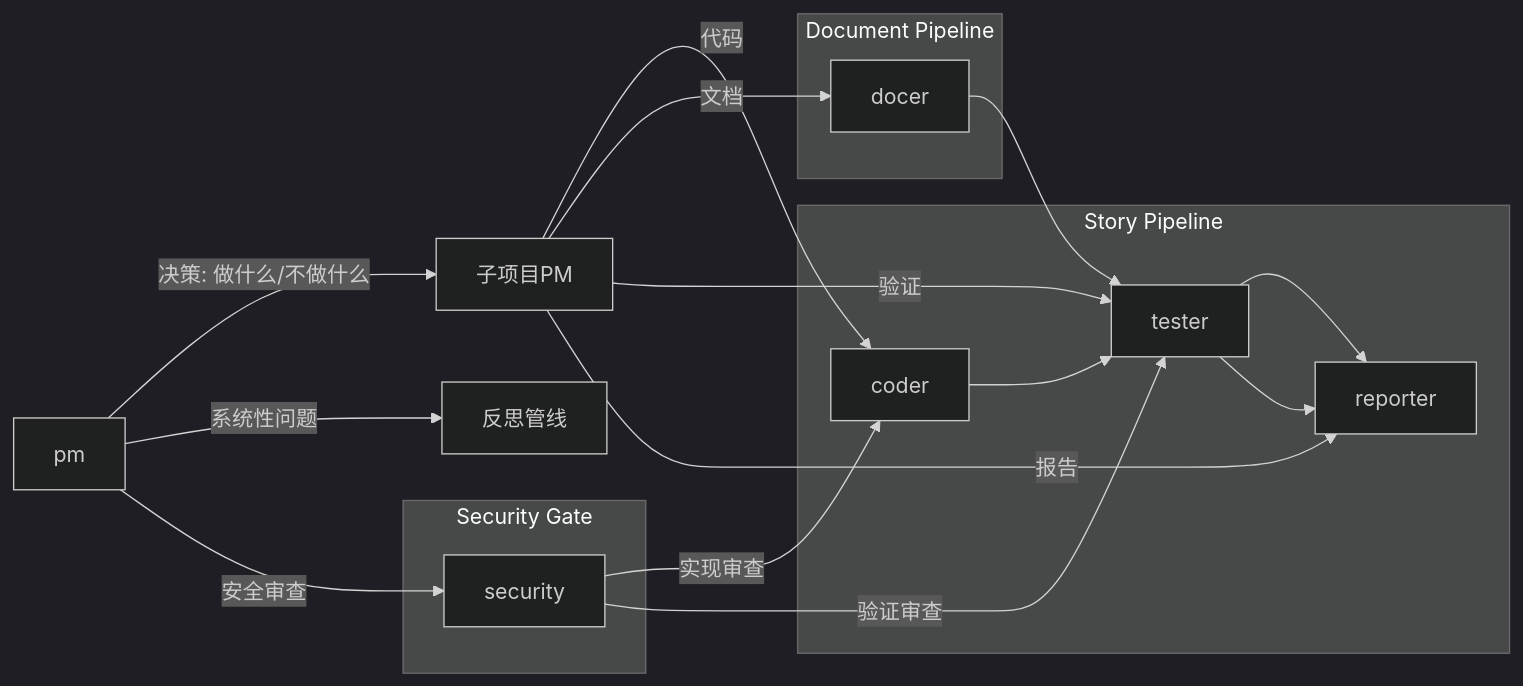
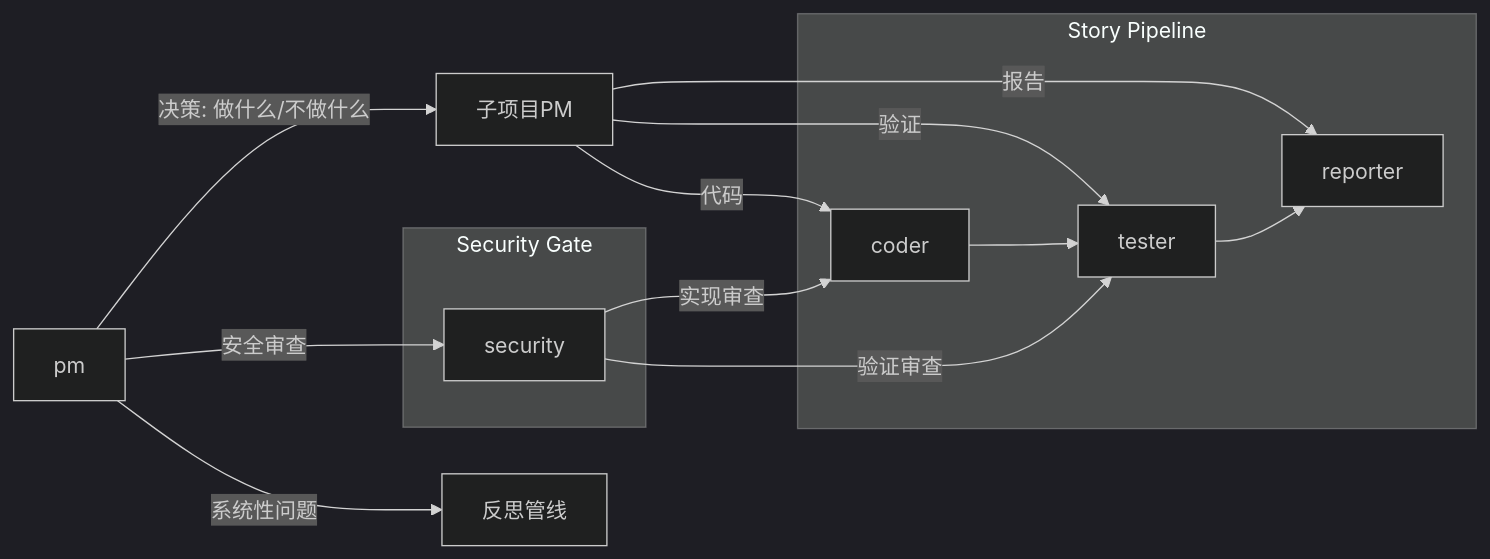
One commit to effiy/YrY changed the diagram in agents/AGENT.md. Above: the diagram before and after it, drawn with Mermaid (dark theme). The commit also changed other lines of this file and 4 other files, not shown here.

````diff
--- a/agents/AGENT.md
+++ b/agents/AGENT.md
@@ -5,21 +5,17 @@
 ```mermaid
 graph LR
     pm -->|决策: 做什么/不做什么| SUB["子项目PM"]
     pm -->|系统性问题| S_REFLECT["反思管线"]
     SUB -->|代码| coder
-    SUB -->|文档| docer
     SUB -->|验证| tester
     SUB -->|报告| reporter
     pm -->|安全审查| security
 
     subgraph "Story Pipeline"
         coder --> tester --> reporter
     end
-    subgraph "Document Pipeline"
-        docer --> tester --> reporter
-    end
     subgraph "Security Gate"
         security -->|实现审查| coder
         security -->|验证审查| tester
     end
 ```
````
